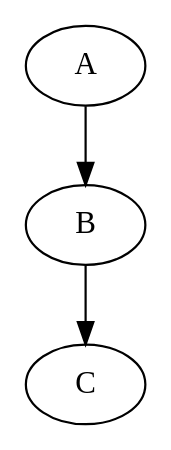
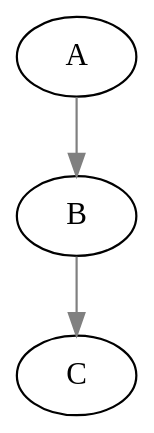
One commit to sswam/allemande changed the second of 2 diagrams in doc/intro.md. Above: the diagram before and after it, drawn with Graphviz. The commit also changed other lines of this file and 1 other file, not shown here.

````diff
--- a/doc/intro.md
+++ b/doc/intro.md
@@ -148,6 +154,8 @@
 ```dot
 digraph G {
+    bgcolor="transparent"
+    edge [color="#808080"]
     A -> B;
     B -> C;
 }
 ```
````
